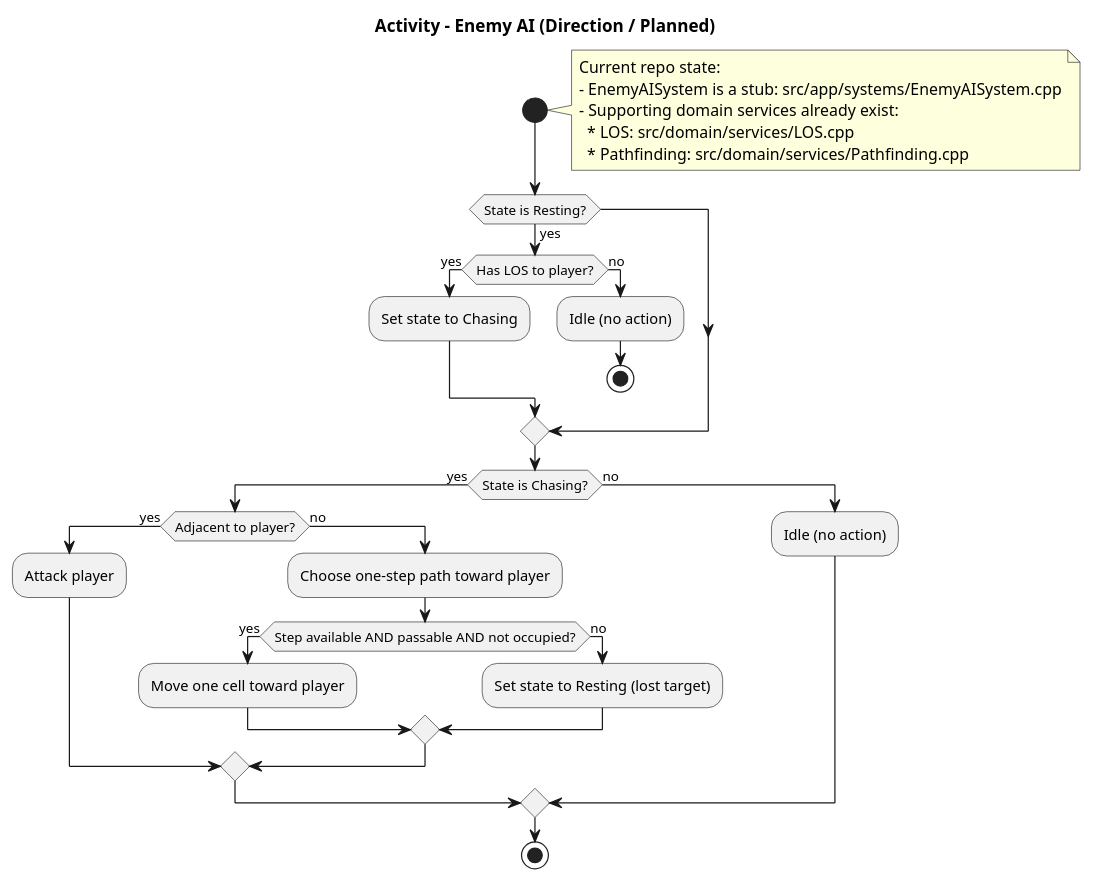
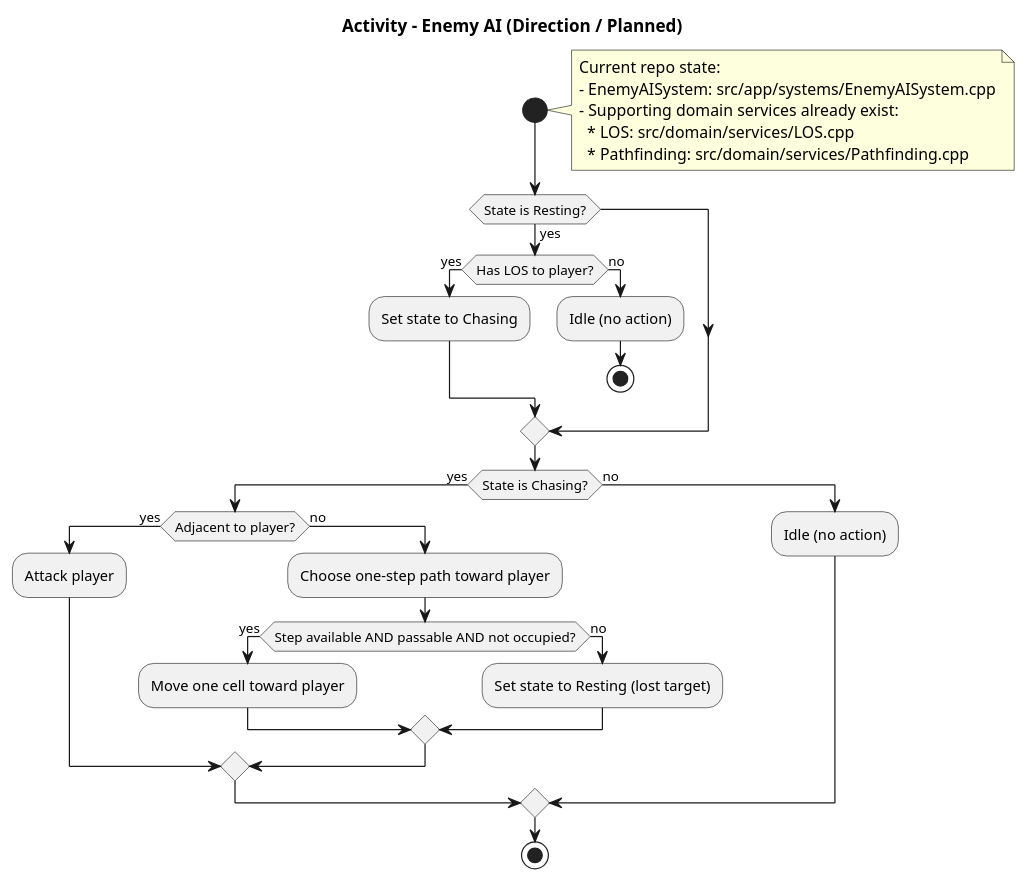
Before and after one commit to Sage-Cat/labyrinth_game: the diagram in docs/diagrams/enemy_ai_AD.puml, drawn with PlantUML. The commit also changed 3 other files, not shown here.

First line of the commit message:
fix: docs: update README and diagrams for implemented MVP behavior

```diff
--- a/docs/diagrams/enemy_ai_AD.puml
+++ b/docs/diagrams/enemy_ai_AD.puml
@@ -1,41 +1,41 @@
 @startuml
 start
 
 title "Activity – Enemy AI (Direction / Planned)"
 
 note right
   Current repo state:
-  - EnemyAISystem is a stub: src/app/systems/EnemyAISystem.cpp
+  - EnemyAISystem: src/app/systems/EnemyAISystem.cpp
   - Supporting domain services already exist:
     * LOS: src/domain/services/LOS.cpp
     * Pathfinding: src/domain/services/Pathfinding.cpp
 end note
 
 ' If resting, check line of sight once
 if (State is Resting?) then (yes)
   if (Has LOS to player?) then (yes)
     :Set state to Chasing;
   else (no)
     :Idle (no action);
     stop
   endif
 endif
 
 ' Chasing behavior
 if (State is Chasing?) then (yes)
   if (Adjacent to player?) then (yes)
     :Attack player;
   else (no)
     :Choose one-step path toward player;
     if (Step available AND passable AND not occupied?) then (yes)
       :Move one cell toward player;
     else (no)
       :Set state to Resting (lost target);
     endif
   endif
 else (no)
   :Idle (no action);
 endif
 
 stop
 @enduml
```
